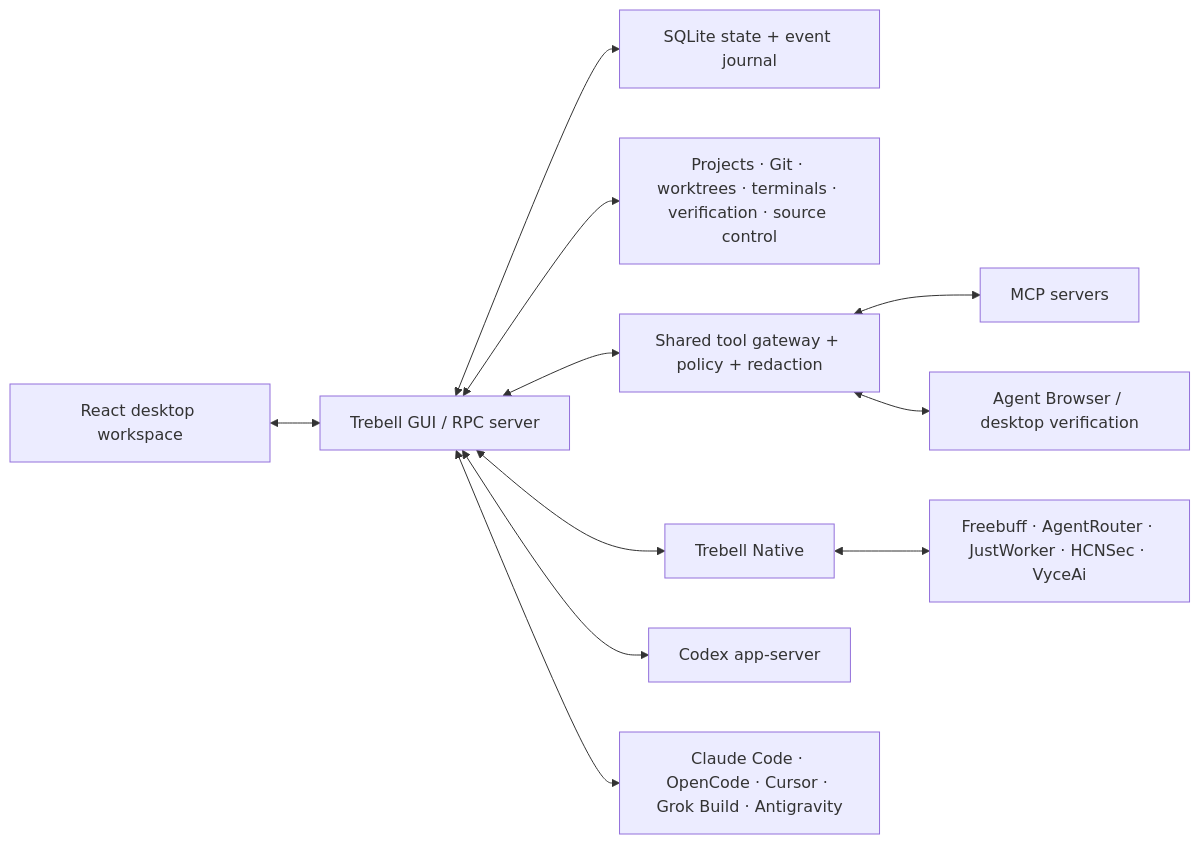
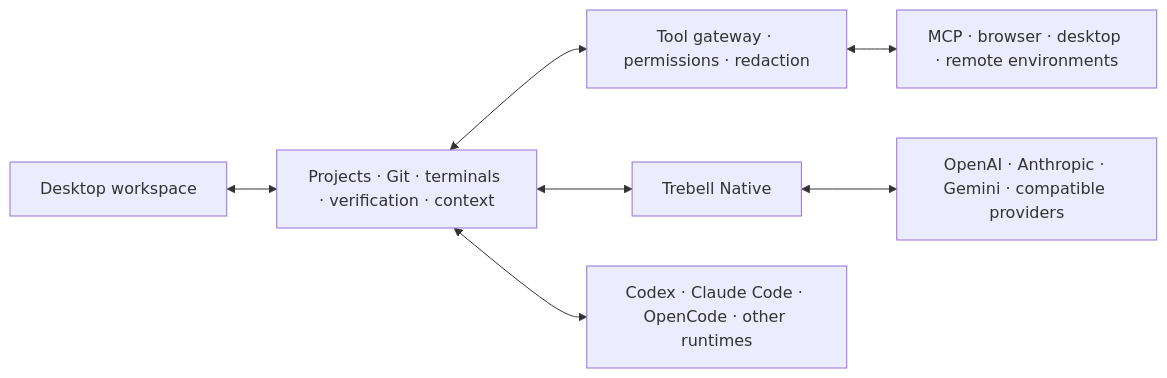
Before and after one commit to tanishqbaweja/trebellcode: the diagram in README.md, drawn with Mermaid. The commit also changed other lines of this file and 11 other files, not shown here.

````diff
--- a/README.md
+++ b/README.md
@@ -46,25 +45,17 @@
-~~~mermaid
+```mermaid
 flowchart LR
-    UI["React desktop workspace"]
-    GUI["Trebell GUI / RPC server"]
-    STATE["SQLite state + event journal"]
-    SERVICES["Projects · Git · worktrees · terminals · verification · source control"]
-    TOOLS["Shared tool gateway + policy + redaction"]
+    UI["Desktop workspace"]
+    CORE["Projects · Git · terminals · verification · context"]
+    POLICY["Tool gateway · permissions · redaction"]
     NATIVE["Trebell Native"]
-    CODEX["Codex app-server"]
-    EXTERNAL["Claude Code · OpenCode · Cursor · Grok Build · Antigravity"]
-    PROVIDERS["Freebuff · AgentRouter · JustWorker · HCNSec · VyceAi"]
-    MCP["MCP servers"]
-    BROWSER["Agent Browser / desktop verification"]
+    RUNTIMES["Codex · Claude Code · OpenCode · other runtimes"]
+    PROVIDERS["OpenAI · Anthropic · Gemini · compatible providers"]
+    TOOLS["MCP · browser · desktop · remote environments"]
 
-    UI <--> GUI
-    GUI <--> STATE
-    GUI <--> SERVICES
-    GUI <--> TOOLS
-    GUI <--> NATIVE
-    GUI <--> CODEX
-    GUI <--> EXTERNAL
+    UI <--> CORE
+    CORE <--> POLICY
+    CORE <--> NATIVE
+    CORE <--> RUNTIMES
     NATIVE <--> PROVIDERS
-    TOOLS <--> MCP
-    TOOLS <--> BROWSER
-~~~
+    POLICY <--> TOOLS
+```
````
